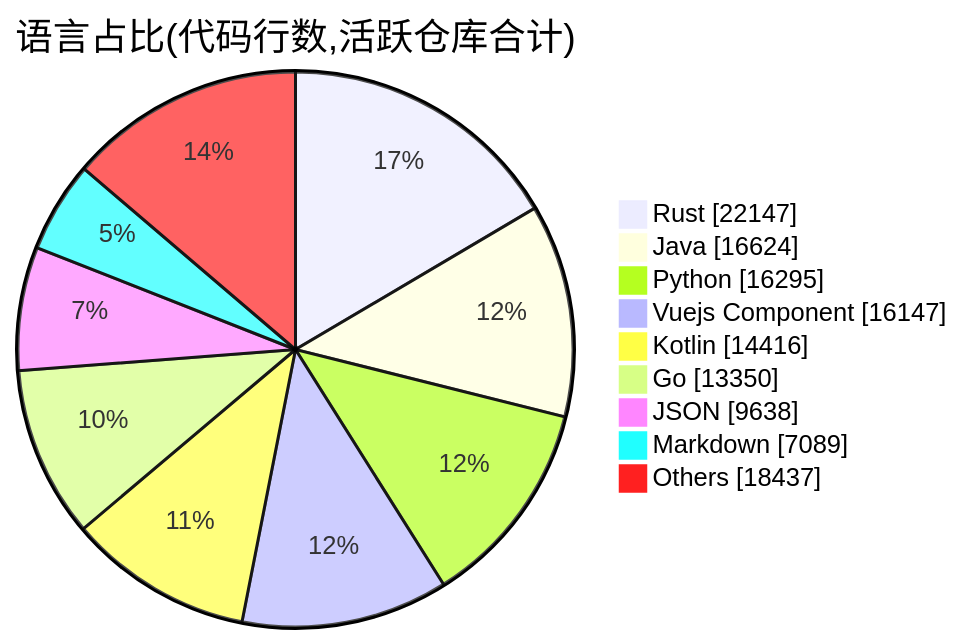
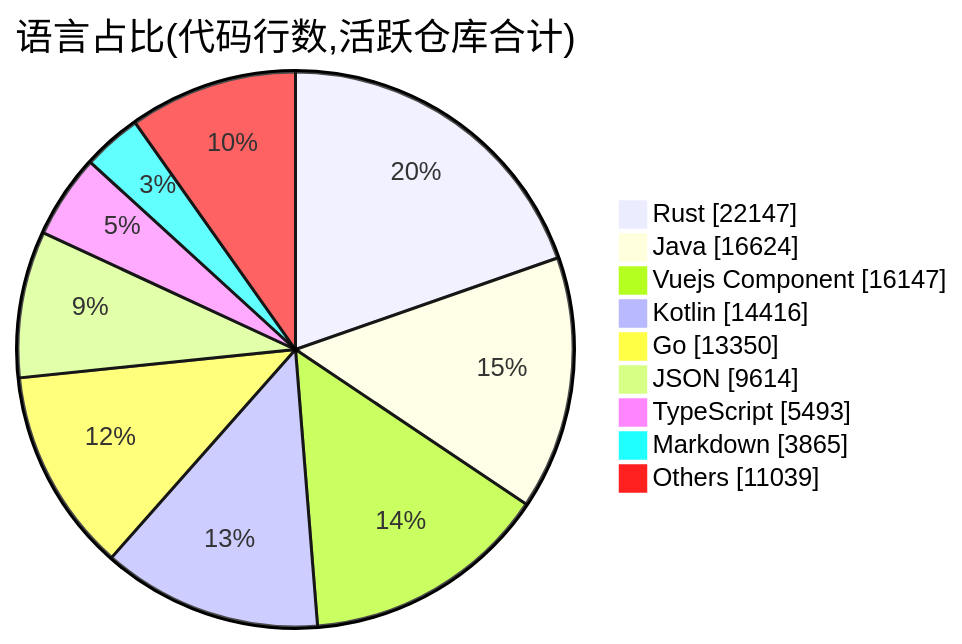
One commit to Conflux-Union/.github changed the second of 2 diagrams in profile/README.md. Above: the diagram before and after it, drawn with Mermaid. The commit also changed other lines of this file and 1 other file, not shown here.

````diff
--- a/profile/README.md
+++ b/profile/README.md
@@ -76,13 +76,13 @@
 ```mermaid
 pie showData
     title 语言占比(代码行数,活跃仓库合计)
     "Rust" : 22147
     "Java" : 16624
-    "Python" : 16295
     "Vuejs Component" : 16147
     "Kotlin" : 14416
     "Go" : 13350
-    "JSON" : 9638
-    "Markdown" : 7089
-    "Others" : 18437
+    "JSON" : 9614
+    "TypeScript" : 5493
+    "Markdown" : 3865
+    "Others" : 11039
 ```
````
